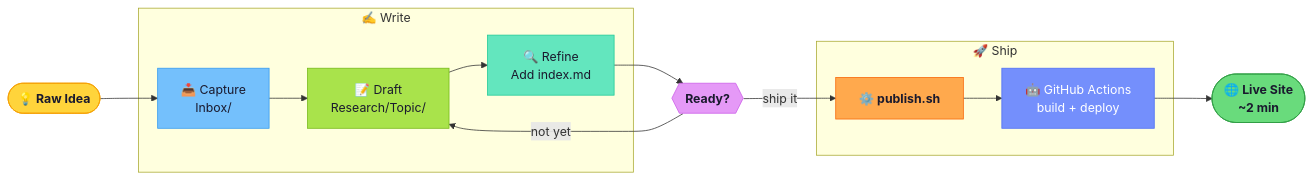
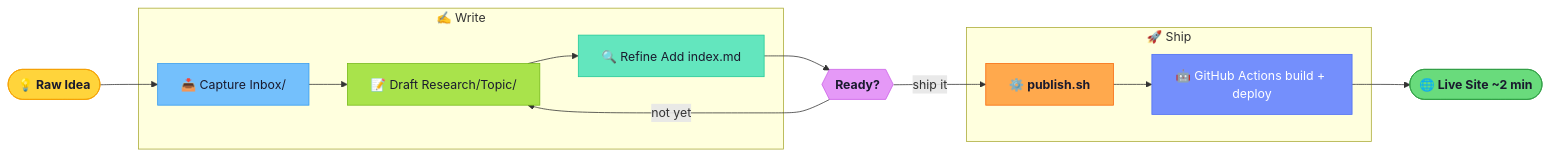
The first of 7 diagrams in content/Idea to Published Research (Obsidian + Quartz Workflow).md (VenkateshDas/obsidian-quartz-site), drawn with Mermaid before and after one commit. The commit also changed other lines of this file and 2 other files, not shown here.

````diff
--- a/content/Idea to Published Research (Obsidian + Quartz Workflow).md
+++ b/content/Idea to Published Research (Obsidian + Quartz Workflow).md
@@ -15,32 +21,32 @@
 ```mermaid
 flowchart LR
     A(["💡 Raw Idea"]):::seed
 
     subgraph WRITE ["✍️  Write"]
-        B["📥 Capture\nInbox/"]:::capture
-        C["📝 Draft\nResearch/Topic/"]:::draft
-        D["🔍 Refine\nAdd index.md"]:::refine
+        B["📥 Capture Inbox/"]:::capture
+        C["📝 Draft Research/Topic/"]:::draft
+        D["🔍 Refine Add index.md"]:::refine
     end
 
     subgraph SHIP ["🚀  Ship"]
         F["⚙️ publish.sh"]:::script
-        G["🤖 GitHub Actions\nbuild + deploy"]:::ci
+        G["🤖 GitHub Actions build + deploy"]:::ci
     end
 
-    H(["🌐 Live Site\n~2 min"]):::live
+    H(["🌐 Live Site ~2 min"]):::live
     E{{"Ready?"}}:::gate
 
     A --> B --> C --> D --> E
     E -->|"not yet"| C
     E -->|"ship it"| F
     F --> G --> H
 
     classDef seed    fill:#ffd43b,stroke:#f59f00,color:#1a1a2e,font-weight:bold
     classDef capture fill:#74c0fc,stroke:#339af0,color:#1a1a2e
     classDef draft   fill:#a9e34b,stroke:#74b816,color:#1a1a2e
     classDef refine  fill:#63e6be,stroke:#20c997,color:#1a1a2e
     classDef gate    fill:#e599f7,stroke:#cc5de8,color:#1a1a2e,font-weight:bold
     classDef script  fill:#ffa94d,stroke:#f76707,color:#1a1a2e,font-weight:bold
     classDef ci      fill:#748ffc,stroke:#4c6ef5,color:#fff
     classDef live    fill:#69db7c,stroke:#2f9e44,color:#1a1a2e,font-weight:bold
 ```
````
